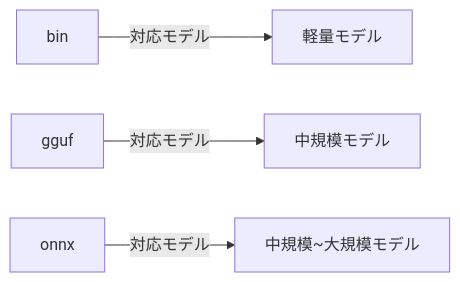
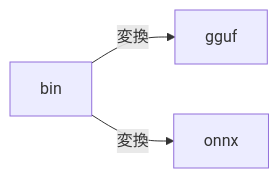
Before and after one commit to SparklingDetergent/doc_genai_About_the_local_LLM_operating_environment: the fifth of 12 diagrams in README.md, drawn with Mermaid. The commit also changed other lines of this file, not shown here.

````diff
--- a/README.md
+++ b/README.md
@@ -137,6 +136,5 @@
 ```mermaid
 graph LR
-    A[bin] -->|対応モデル| B[軽量モデル]
-    C[gguf] -->|対応モデル| D[中規模モデル]
-    E[onnx] -->|対応モデル| F[中規模~大規模モデル]
+    A[bin] -->|変換| B[gguf]
+    A -->|変換| C[onnx]
 ```
````
